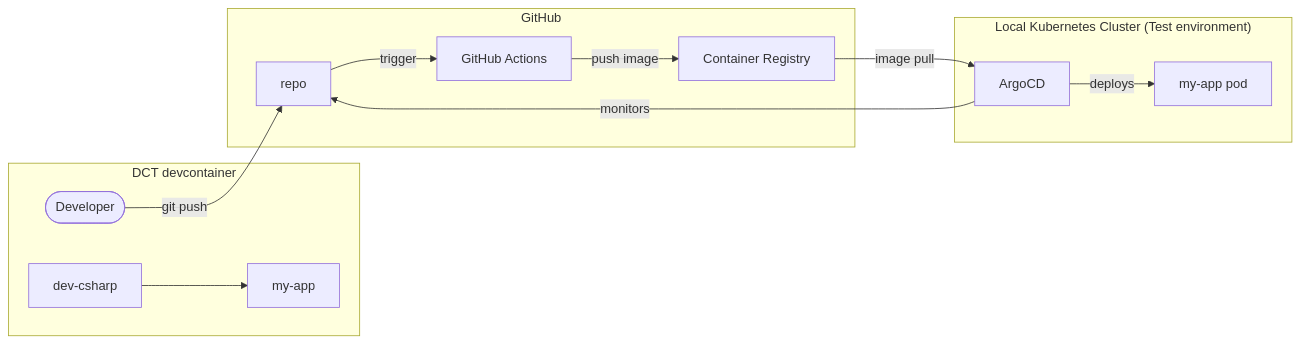
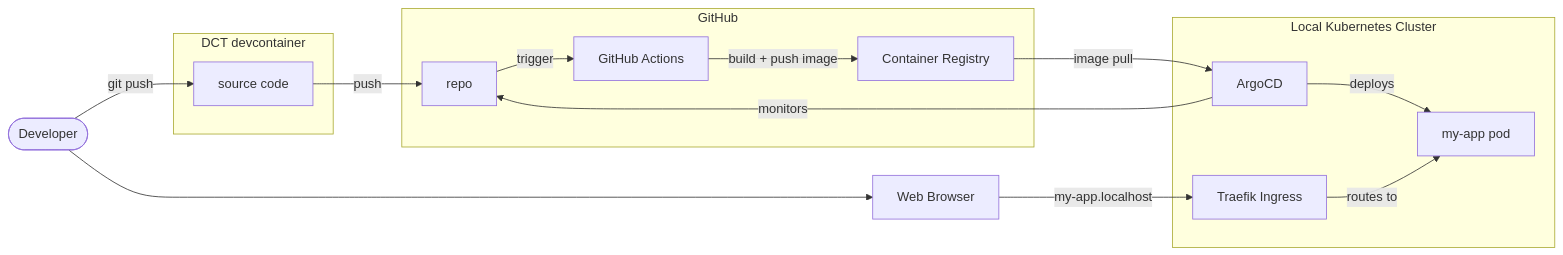
The first of 2 diagrams in website/docs/templates/basic-web-server/csharp-basic-webserver.mdx (helpers-no/dev-templates), drawn with Mermaid before and after one commit. The commit also changed other lines of this file and 18 other files, not shown here.

First line of the commit message:
Architecture diagram v2: two-diagram split (local dev + deploy)

````diff
--- a/website/docs/templates/basic-web-server/csharp-basic-webserver.mdx
+++ b/website/docs/templates/basic-web-server/csharp-basic-webserver.mdx
@@ -53,25 +53,32 @@
 ```mermaid
 flowchart LR
+    dev(["Developer"])
+    browser["Web Browser"]
+
     subgraph dct["DCT devcontainer"]
-        dev(["Developer"])
-        dev_csharp["dev-csharp"]
-        app["my-app"]
+        src["source code"]
     end
-    subgraph k8s["Local Kubernetes Cluster (Test environment)"]
-        argo["ArgoCD"]
-        pod["my-app pod"]
-    end
+
     subgraph gh["GitHub"]
         repo["repo"]
         actions["GitHub Actions"]
         ghcr["Container Registry"]
     end
 
-    dev_csharp --> app
-    dev -->|git push| repo
+    subgraph k8s["Local Kubernetes Cluster"]
+        traefik["Traefik Ingress"]
+        argo["ArgoCD"]
+        pod["my-app pod"]
+    end
+
+    dev -->|git push| src
+    src -->|push| repo
     repo -->|trigger| actions
-    actions -->|push image| ghcr
+    actions -->|build + push image| ghcr
     argo -->|monitors| repo
     ghcr -->|image pull| argo
     argo -->|deploys| pod
+    traefik -->|routes to| pod
+    browser -->|my-app.localhost| traefik
+    dev --> browser
 ```
````
